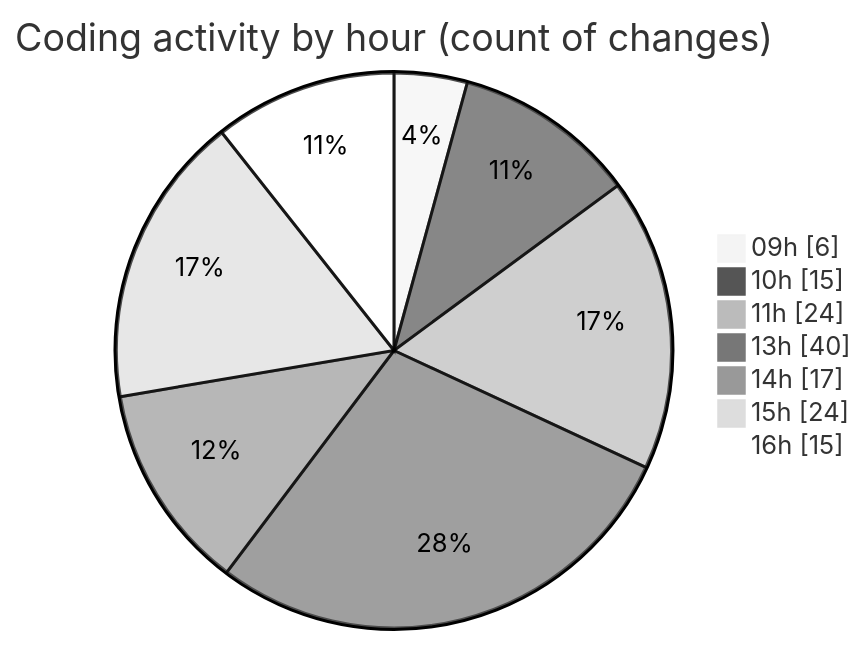
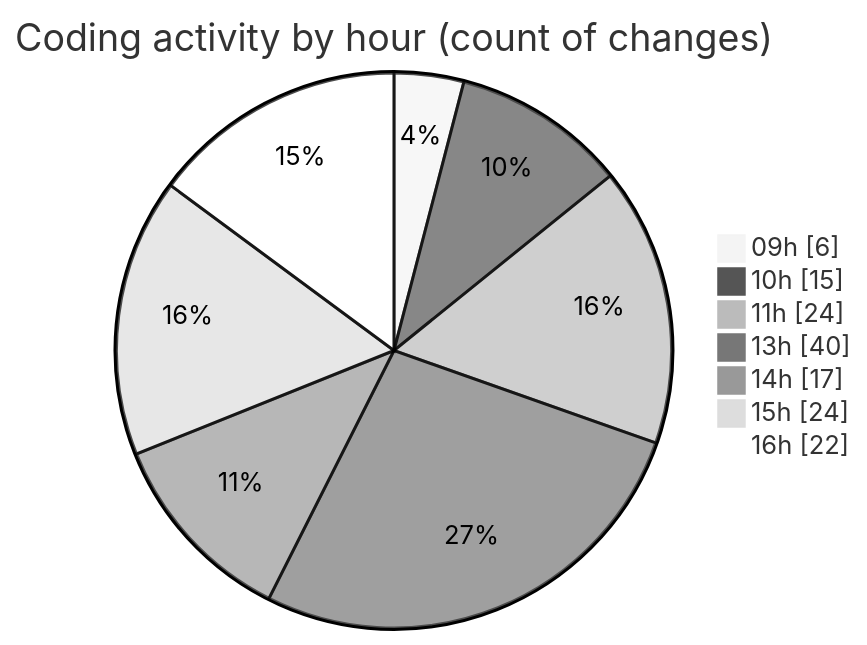
Before and after one commit to momahboobian/code-tracking: the second of 2 diagrams in 2026-04-20/cda/README.md, drawn with Mermaid (neutral theme). The commit also changed other lines of this file and 1 other file, not shown here.

````diff
--- a/2026-04-20/cda/README.md
+++ b/2026-04-20/cda/README.md
@@ -61,11 +61,11 @@
 ```mermaid
 pie showData
 title Coding activity by hour (count of changes)
 "09h" : 6
 "10h" : 15
 "11h" : 24
 "13h" : 40
 "14h" : 17
 "15h" : 24
-"16h" : 15
+"16h" : 22
 ```
````
